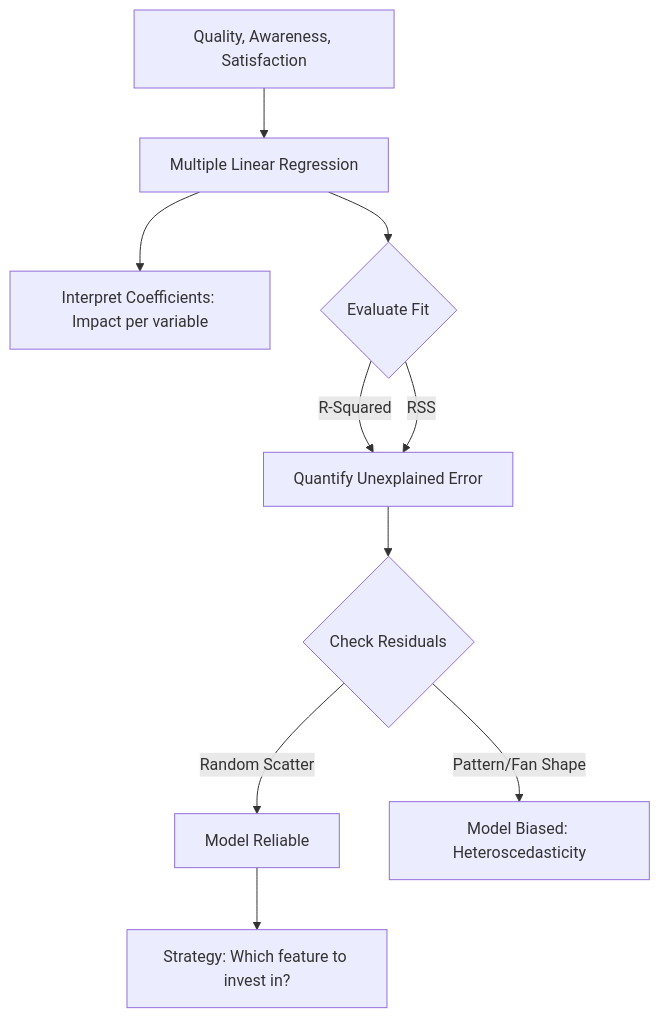
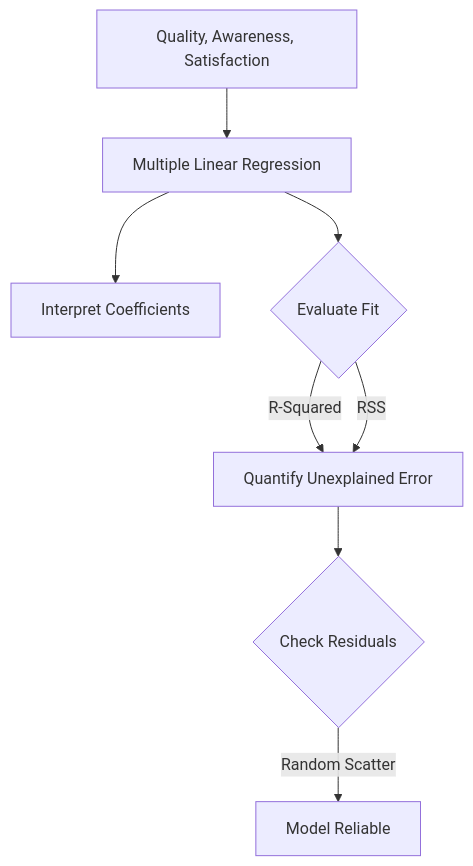
One commit to susanavenda/data_cambridge changed the ninth of 14 diagrams in README.md. Above: the diagram before and after it, drawn with Mermaid. The commit also changed other lines of this file, not shown here.

````diff
--- a/README.md
+++ b/README.md
@@ -246,15 +192,11 @@
 ```mermaid
 graph TD
     Features[Quality, Awareness, Satisfaction] --> Model[Multiple Linear Regression]
-    Model --> Coeff[Interpret Coefficients: Impact per variable]
+    Model --> Coeff[Interpret Coefficients]
     Model --> Fit{Evaluate Fit}
-    
     Fit -- "R-Squared" --> Stats[Explain % of Variance]
     Fit -- "RSS" --> Stats[Quantify Unexplained Error]
-    
     Stats --> Assumptions{Check Residuals}
     Assumptions -- "Random Scatter" --> Valid[Model Reliable]
-    Assumptions -- "Pattern/Fan Shape" --> Invalid[Model Biased: Heteroscedasticity]
-    
-    Valid --> Recommend[Strategy: Which feature to invest in?]
+
 ```
````
